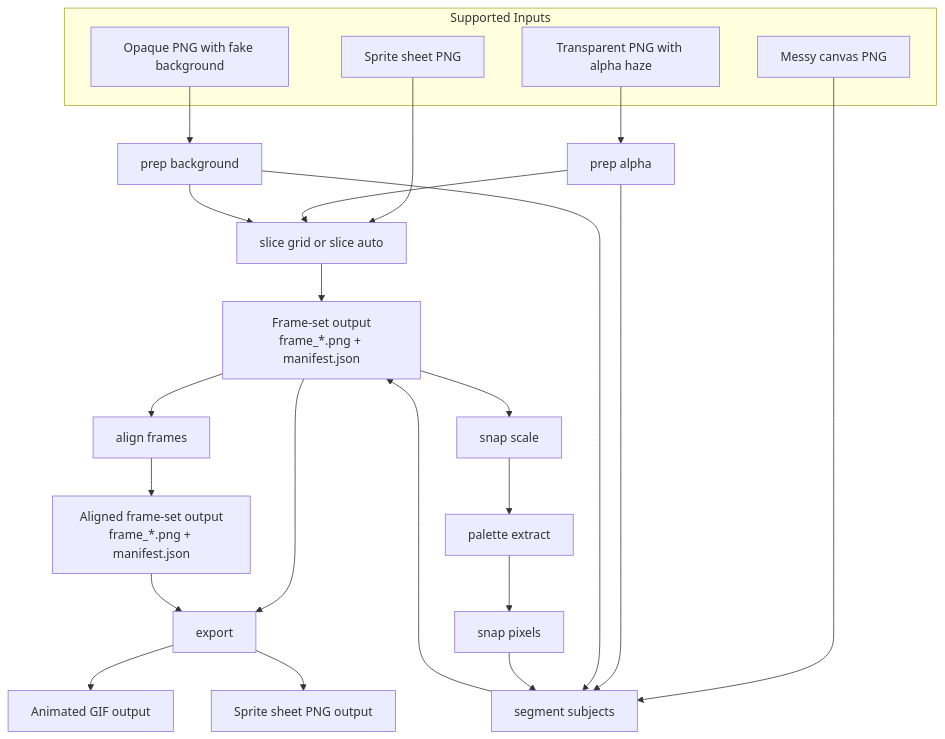
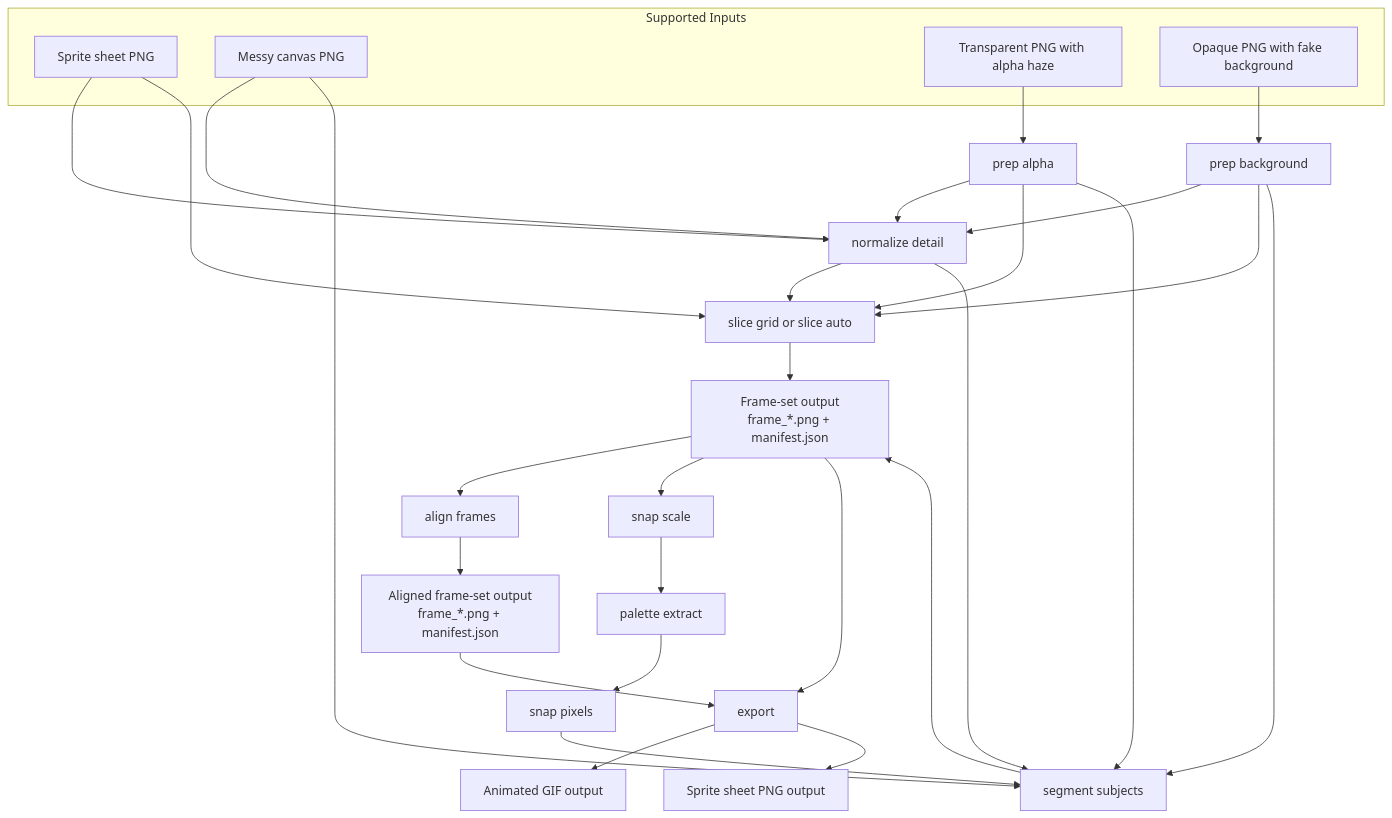
The diagram in README.md (kkjang/sprite-gen), drawn with Mermaid before and after one commit. The commit also changed other lines of this file and 16 other files, not shown here.

First line of the commit message:
feat(normalize): add detail normalization for PNG sprites

````diff
--- a/README.md
+++ b/README.md
@@ -7,35 +7,41 @@
 ```mermaid
 flowchart TD
     subgraph Inputs[Supported Inputs]
         A[Sprite sheet PNG]
         B[Messy canvas PNG]
         C[Transparent PNG with alpha haze]
         D[Opaque PNG with fake background]
     end
 
     C --> E[prep alpha]
     D --> F[prep background]
+    A --> R[normalize detail]
+    B --> R
+    E --> R[normalize detail]
+    F --> R
     A --> G[slice grid or slice auto]
     B --> H[segment subjects]
     E --> G
     E --> H
     F --> G
     F --> H
+    R --> G
+    R --> H
 
     G --> I[Frame-set output<br/>frame_*.png + manifest.json]
     H --> I
 
     I --> J[align frames]
     I --> K[snap scale]
     K --> L[palette extract]
     L --> M[snap pixels]
     M --> H
 
     J --> N[Aligned frame-set output<br/>frame_*.png + manifest.json]
 
     I --> O[export]
     N --> O
 
     O --> P[Animated GIF output]
     O --> Q[Sprite sheet PNG output]
 ```
````
